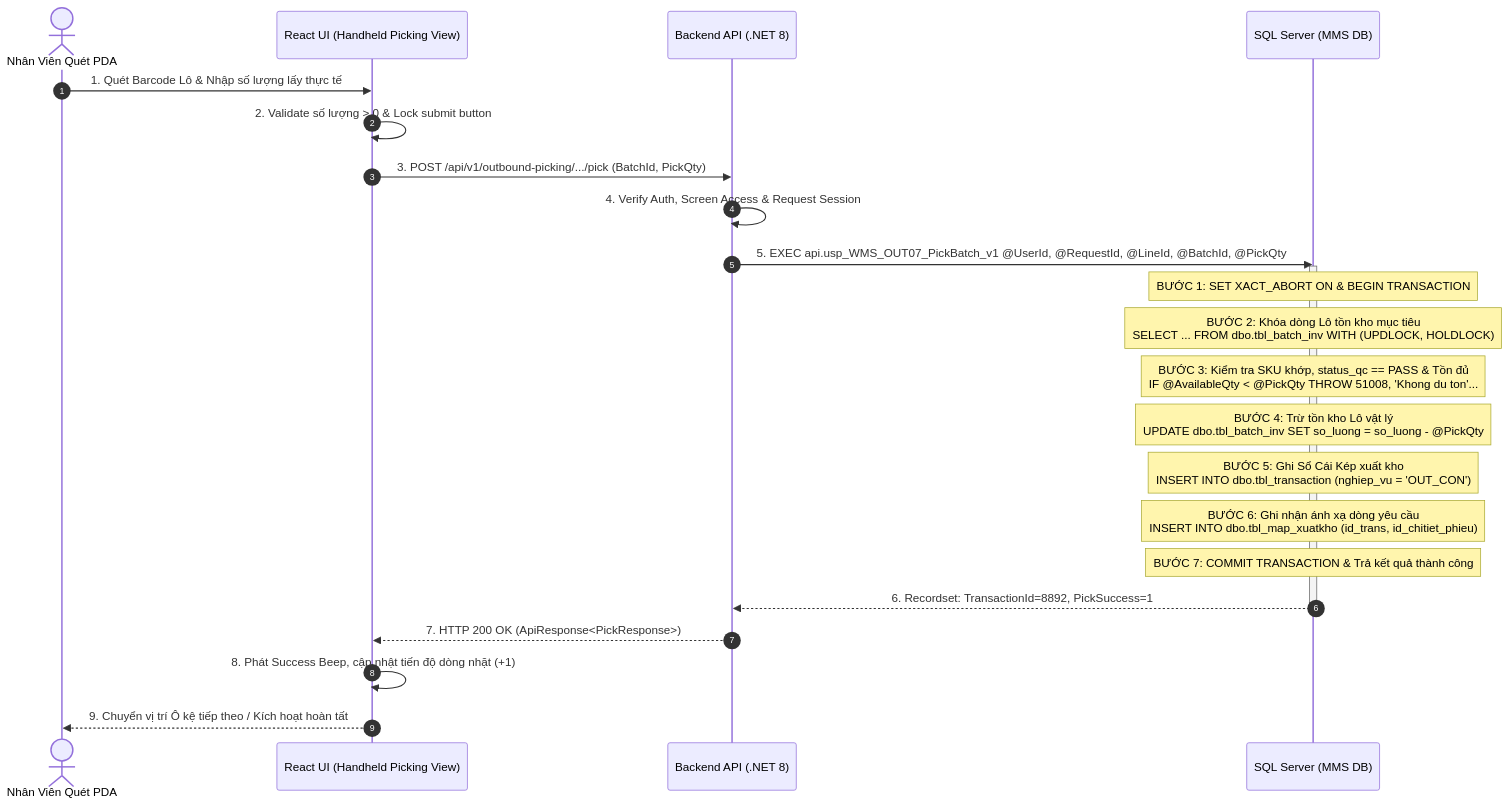
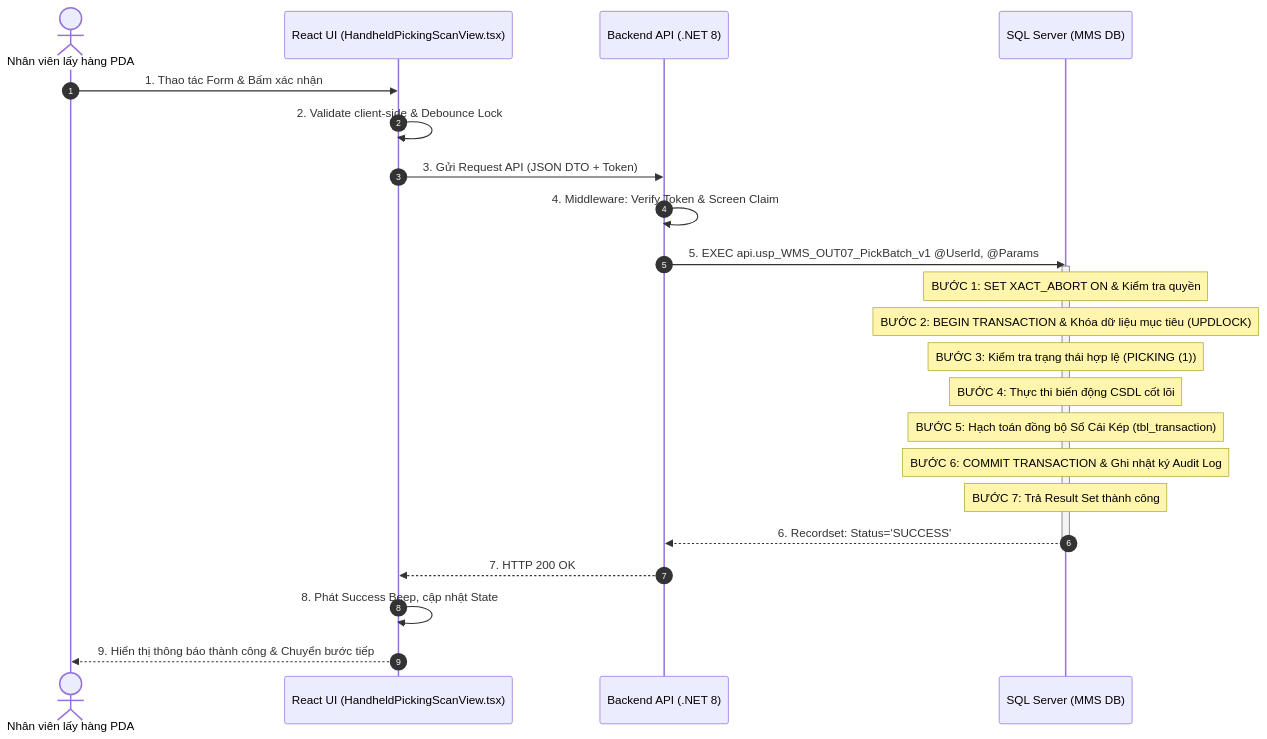
Before and after one commit to Sohoa-KNSG/mms: the first of 2 diagrams in docs/03-use-cases/UC-22_OUT-07.md, drawn with Mermaid. The commit also changed other lines of this file and 44 other files, not shown here.

````diff
--- a/docs/03-use-cases/UC-22_OUT-07.md
+++ b/docs/03-use-cases/UC-22_OUT-07.md
@@ -148,30 +191,30 @@
 ```mermaid
 sequenceDiagram
     autonumber
-    actor User as Nhân Viên Quét PDA
-    participant UI as React UI (Handheld Picking View)
+    actor User as Nhân viên lấy hàng PDA
+    participant UI as React UI (HandheldPickingScanView.tsx)
     participant API as Backend API (.NET 8)
     participant DB as SQL Server (MMS DB)
 
-    User->>UI: 1. Quét Barcode Lô & Nhập số lượng lấy thực tế
-    UI->>UI: 2. Validate số lượng > 0 & Lock submit button
-    UI->>API: 3. POST /api/v1/outbound-picking/.../pick (BatchId, PickQty)
+    User->>UI: 1. Thao tác Form & Bấm xác nhận
+    UI->>UI: 2. Validate client-side & Debounce Lock
+    UI->>API: 3. Gửi Request API (JSON DTO + Token)
     
-    API->>API: 4. Verify Auth, Screen Access & Request Session
-    API->>DB: 5. EXEC api.usp_WMS_OUT07_PickBatch_v1 @UserId, @RequestId, @LineId, @BatchId, @PickQty
+    API->>API: 4. Middleware: Verify Token & Screen Claim
+    API->>DB: 5. EXEC api.usp_WMS_OUT07_PickBatch_v1 @UserId, @Params
     
     activate DB
-    Note over DB: BƯỚC 1: SET XACT_ABORT ON & BEGIN TRANSACTION
-    Note over DB: BƯỚC 2: Khóa dòng Lô tồn kho mục tiêu<br/>SELECT ... FROM dbo.tbl_batch_inv WITH (UPDLOCK, HOLDLOCK)
-    Note over DB: BƯỚC 3: Kiểm tra SKU khớp, status_qc == PASS & Tồn đủ<br/>IF @AvailableQty < @PickQty THROW 51008, 'Khong du ton'...
-    Note over DB: BƯỚC 4: Trừ tồn kho Lô vật lý<br/>UPDATE dbo.tbl_batch_inv SET so_luong = so_luong - @PickQty
-    Note over DB: BƯỚC 5: Ghi Sổ Cái Kép xuất kho<br/>INSERT INTO dbo.tbl_transaction (nghiep_vu = 'OUT_CON')
-    Note over DB: BƯỚC 6: Ghi nhận ánh xạ dòng yêu cầu<br/>INSERT INTO dbo.tbl_map_xuatkho (id_trans, id_chitiet_phieu)
-    Note over DB: BƯỚC 7: COMMIT TRANSACTION & Trả kết quả thành công
-    DB-->>API: 6. Recordset: TransactionId=8892, PickSuccess=1
+    Note over DB: BƯỚC 1: SET XACT_ABORT ON & Kiểm tra quyền
+    Note over DB: BƯỚC 2: BEGIN TRANSACTION & Khóa dữ liệu mục tiêu (UPDLOCK)
+    Note over DB: BƯỚC 3: Kiểm tra trạng thái hợp lệ (PICKING (1))
+    Note over DB: BƯỚC 4: Thực thi biến động CSDL cốt lõi
+    Note over DB: BƯỚC 5: Hạch toán đồng bộ Sổ Cái Kép (tbl_transaction)
+    Note over DB: BƯỚC 6: COMMIT TRANSACTION & Ghi nhật ký Audit Log
+    Note over DB: BƯỚC 7: Trả Result Set thành công
+    DB-->>API: 6. Recordset: Status='SUCCESS'
     deactivate DB
 
-    API-->>UI: 7. HTTP 200 OK (ApiResponse<PickResponse>)
-    UI->>UI: 8. Phát Success Beep, cập nhật tiến độ dòng nhặt (+1)
-    UI-->>User: 9. Chuyển vị trí Ô kệ tiếp theo / Kích hoạt hoàn tất
+    API-->>UI: 7. HTTP 200 OK
+    UI->>UI: 8. Phát Success Beep, cập nhật State
+    UI-->>User: 9. Hiển thị thông báo thành công & Chuyển bước tiếp
 ```
````
